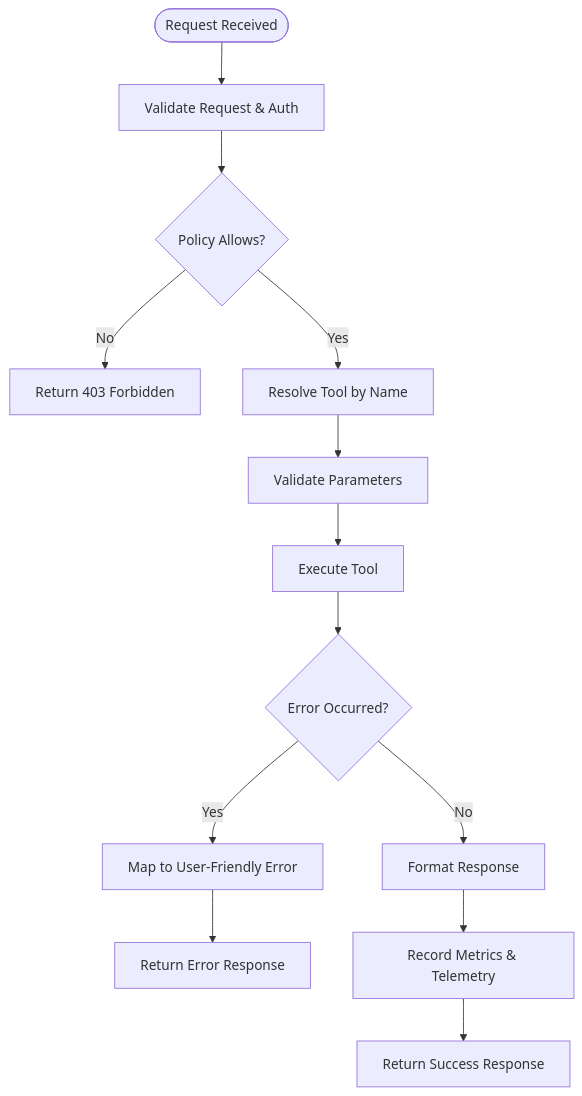
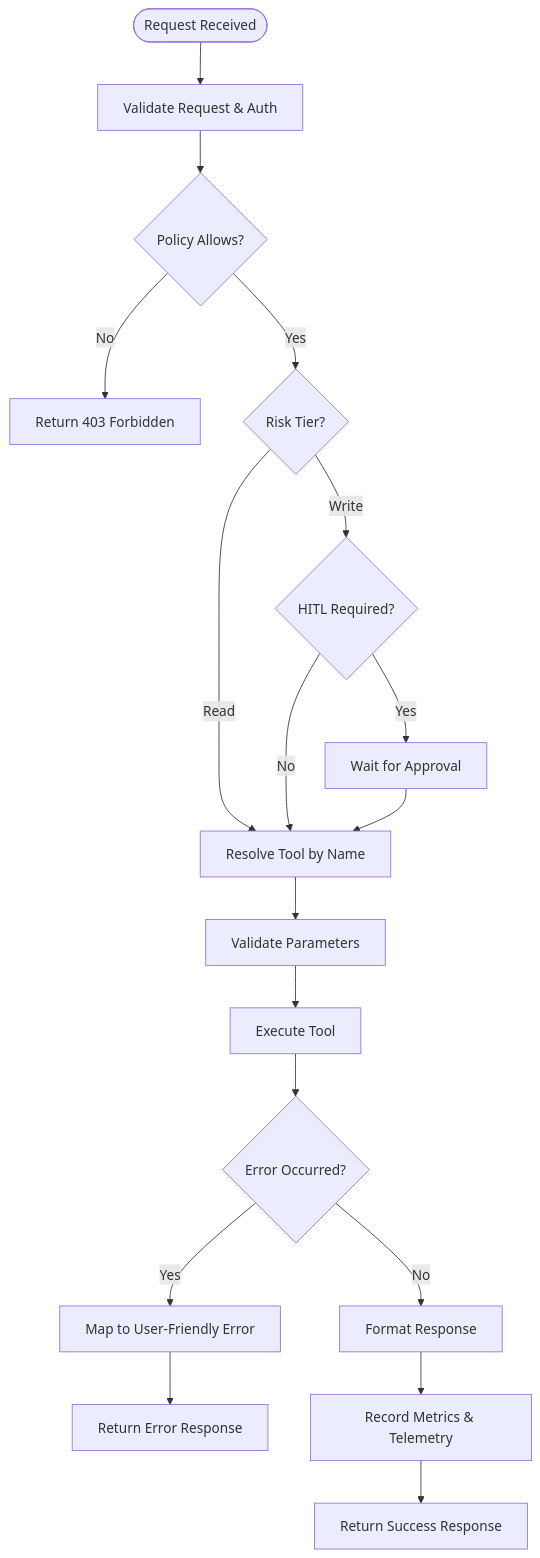
Before and after one commit to metasync/luban-aiops: the sixth of 7 diagrams in .qoder/repowiki/en/content/Tool Gateway Service/Kubernetes Integration and Resource Management.md, drawn with Mermaid. The commit also changed other lines of this file and 43 other files, not shown here.

````diff
--- a/.qoder/repowiki/en/content/Tool Gateway Service/Kubernetes Integration and Resource Management.md
+++ b/.qoder/repowiki/en/content/Tool Gateway Service/Kubernetes Integration and Resource Management.md
@@ -206,15 +291,20 @@
 ```mermaid
 flowchart TD
 Start(["Request Received"]) --> Validate["Validate Request & Auth"]
 Validate --> PolicyCheck{"Policy Allows?"}
 PolicyCheck --> |No| Deny["Return 403 Forbidden"]
-PolicyCheck --> |Yes| ResolveTool["Resolve Tool by Name"]
+PolicyCheck --> |Yes| RiskTier{"Risk Tier?"}
+RiskTier --> |Read| ResolveTool["Resolve Tool by Name"]
+RiskTier --> |Write| HITLCheck{"HITL Required?"}
+HITLCheck --> |Yes| HITLApproval["Wait for Approval"]
+HITLCheck --> |No| ResolveTool
+HITLApproval --> ResolveTool
 ResolveTool --> ValidateParams["Validate Parameters"]
 ValidateParams --> ExecTool["Execute Tool"]
 ExecTool --> MapError{"Error Occurred?"}
 MapError --> |Yes| HandleErr["Map to User-Friendly Error"]
 MapError --> |No| FormatResp["Format Response"]
 HandleErr --> ReturnErr["Return Error Response"]
 FormatResp --> RecordMetrics["Record Metrics & Telemetry"]
 RecordMetrics --> ReturnResp["Return Success Response"]
 ```
````
